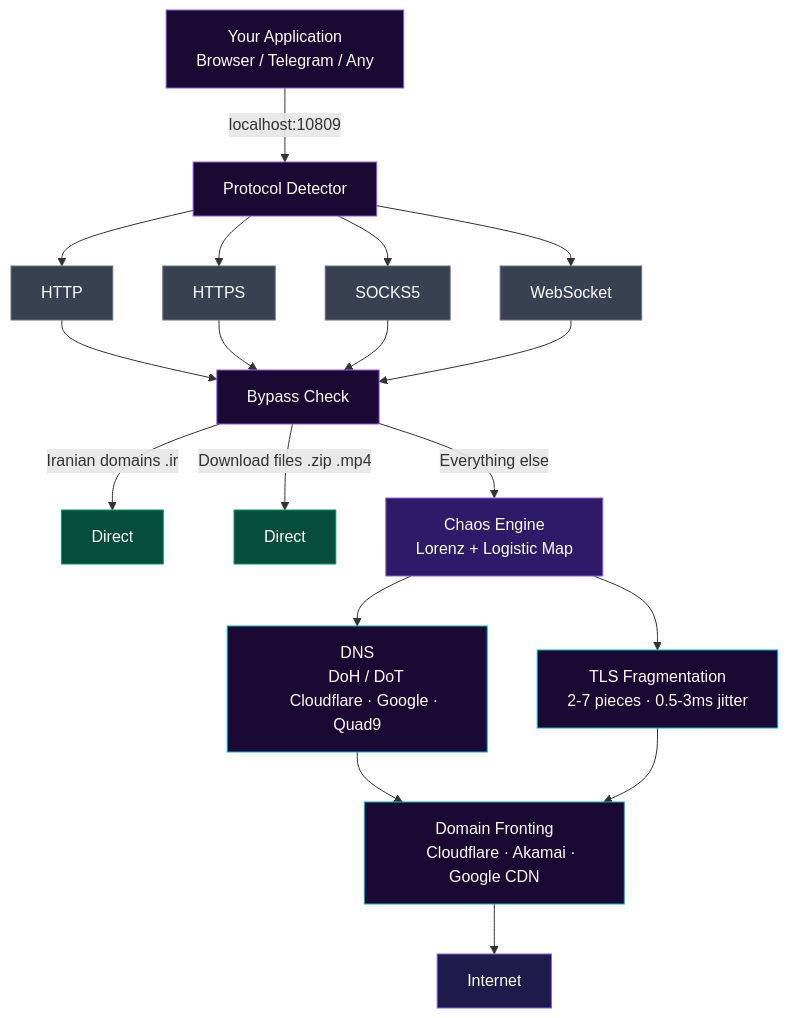
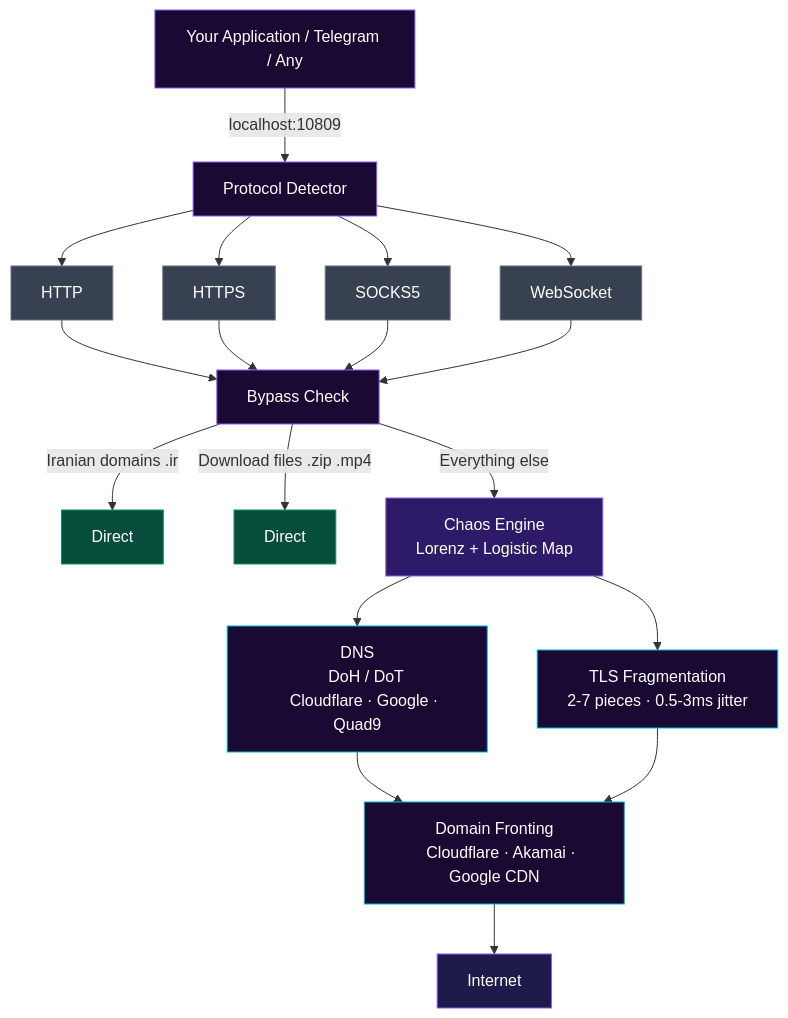
One commit to DianaFoxington/Chaos-Traffic-Engine changed the diagram in README.md. Above: the diagram before and after it, drawn with Mermaid. The commit also changed other lines of this file, not shown here.

````diff
--- a/README.md
+++ b/README.md
@@ -26,46 +26,45 @@
 ```mermaid
 flowchart TD
-    A["Your Application
-    Browser / Telegram / Any"]
+    A["Your Application / Telegram / Any"]
 
     A -->|localhost:10809| B["Protocol Detector"]
 
     B --> C[HTTP]
     B --> D[HTTPS]
     B --> E[SOCKS5]
     B --> F[WebSocket]
 
     C & D & E & F --> G["Bypass Check"]
 
     G -->|Iranian domains .ir| H["Direct"]
     G -->|Download files .zip .mp4| I["Direct"]
     G -->|Everything else| J["Chaos Engine
     Lorenz + Logistic Map"]
 
     J --> K["DNS
     DoH / DoT
     Cloudflare · Google · Quad9"]
 
     J --> L["TLS Fragmentation
     2-7 pieces · 0.5-3ms jitter"]
 
     K & L --> M["Domain Fronting
     Cloudflare · Akamai · Google CDN"]
 
     M --> N["Internet"]
 
     style A fill:#1a0933,stroke:#8B5CF6,color:#fff
     style B fill:#1a0933,stroke:#8B5CF6,color:#fff
     style G fill:#1a0933,stroke:#8B5CF6,color:#fff
     style J fill:#2d1b69,stroke:#8B5CF6,color:#fff
     style K fill:#1a0933,stroke:#06B6D4,color:#fff
     style L fill:#1a0933,stroke:#06B6D4,color:#fff
     style M fill:#1a0933,stroke:#06B6D4,color:#fff
     style H fill:#064e3b,stroke:#059669,color:#fff
     style I fill:#064e3b,stroke:#059669,color:#fff
     style N fill:#1e1b4b,stroke:#8B5CF6,color:#fff
     style C fill:#374151,stroke:#6B7280,color:#fff
     style D fill:#374151,stroke:#6B7280,color:#fff
     style E fill:#374151,stroke:#6B7280,color:#fff
     style F fill:#374151,stroke:#6B7280,color:#fff
 ```
````
